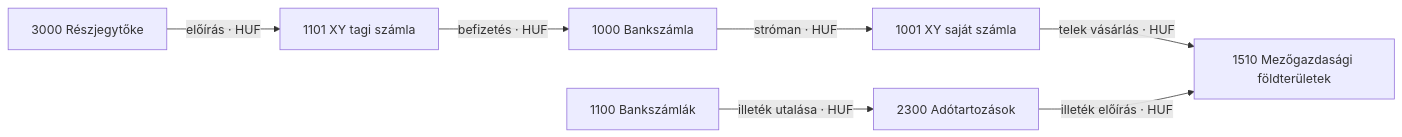
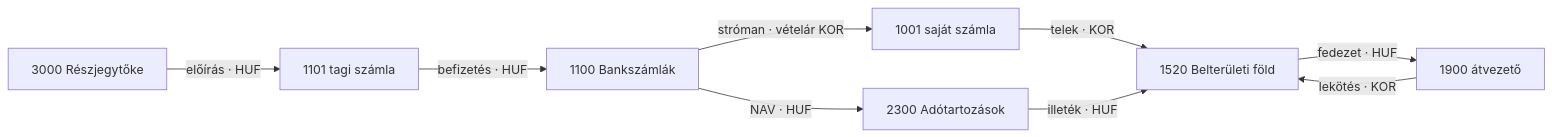
The third of 15 diagrams in docs/transaction-workflow.md (pitiboy/curr), drawn with Mermaid before and after one commit. The commit also changed other lines of this file and 31 other files, not shown here.

````diff
--- a/docs/transaction-workflow.md
+++ b/docs/transaction-workflow.md
@@ -181,17 +235,19 @@
 ```mermaid
 flowchart LR
   t3000["3000 Részjegytőke"]
-  t1101["1101 XY tagi számla"]
-  t1000["1000 Bankszámla"]
-  t1001["1001 XY saját számla"]
-  t1510["1510 Mezőgazdasági földterületek"]
+  t1101["1101 tagi számla"]
+  t1100["1100 Bankszámlák"]
+  t1001["1001 saját számla"]
+  t1520["1520 Belterületi föld"]
+  t1900["1900 átvezető"]
   t2300["2300 Adótartozások"]
-  t1100["1100 Bankszámlák"]
 
   t3000 -->|"előírás · HUF"| t1101
-  t1101 -->|"befizetés · HUF"| t1000
-  t1000 -->|"stróman · HUF"| t1001
-  t1001 -->|"telek vásárlás · HUF"| t1510
-  t2300 -->|"illeték előírás · HUF"| t1510
-  t1100 -->|"illeték utalása · HUF"| t2300
+  t1101 -->|"befizetés · HUF"| t1100
+  t1100 -->|"stróman · vételár KOR"| t1001
+  t1001 -->|"telek · KOR"| t1520
+  t1520 -->|"fedezet · HUF"| t1900
+  t1900 -->|"lekötés · KOR"| t1520
+  t2300 -->|"illeték · HUF"| t1520
+  t1100 -->|"NAV · HUF"| t2300
 ```
````
